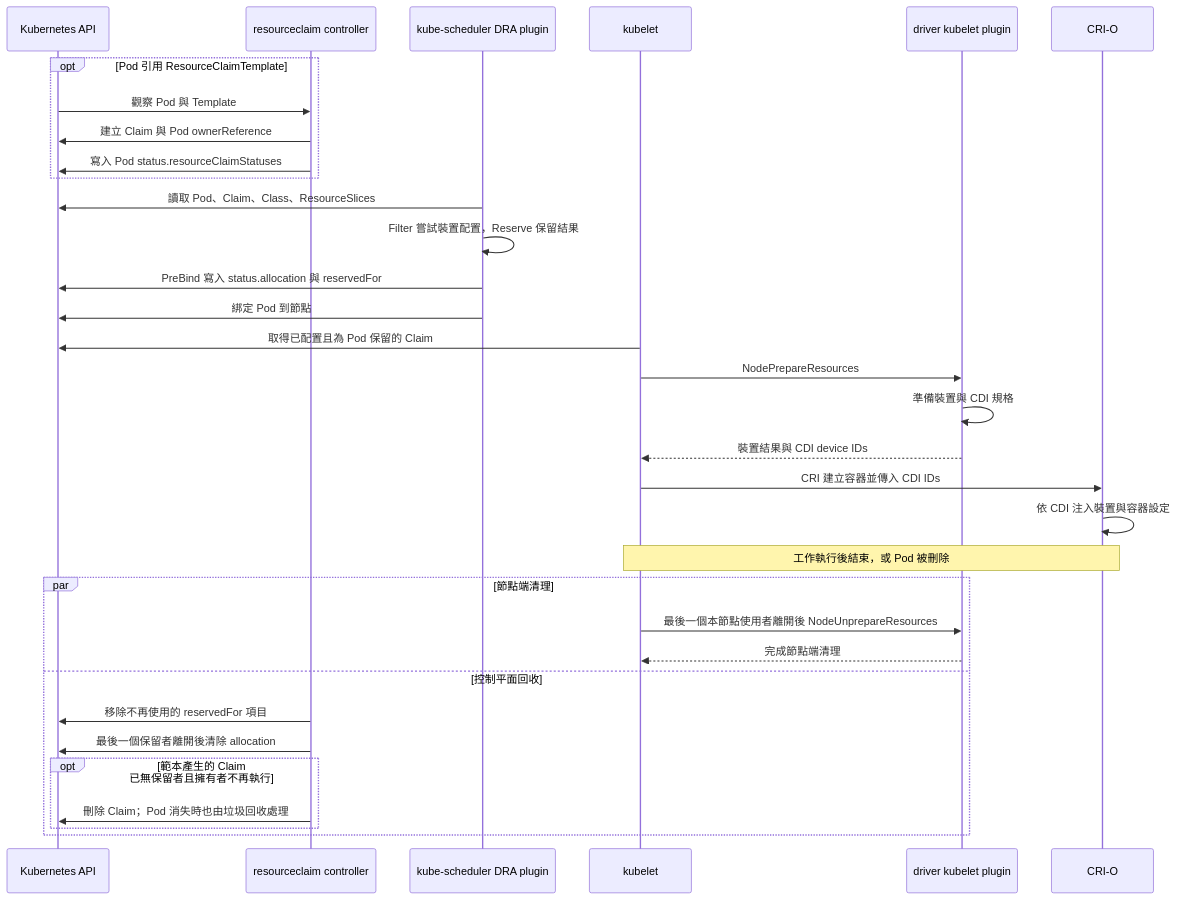
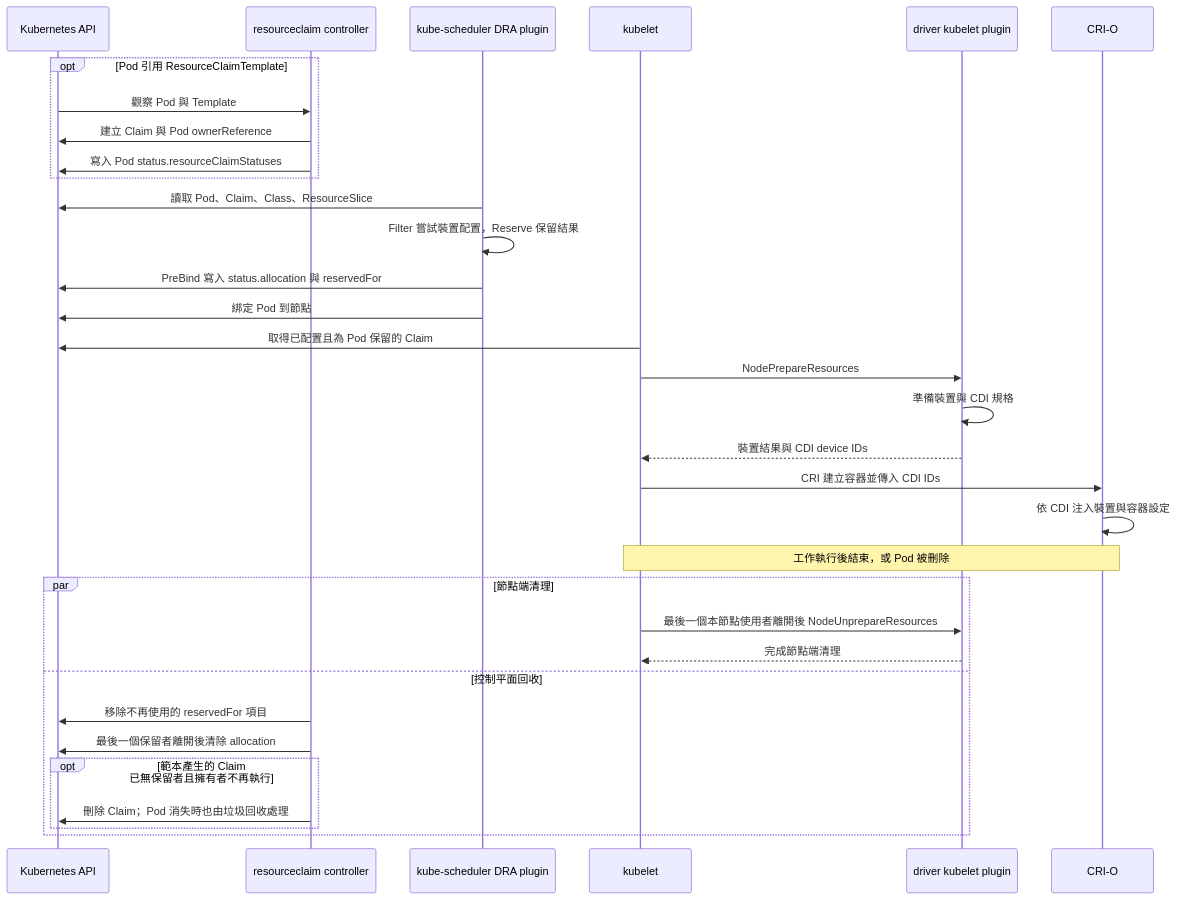
One commit to Daniel77871/dra-gpu-sharing-in-practice changed the second of 2 diagrams in book/01-why-dra/dra-model.md. Above: the diagram before and after it, drawn with Mermaid. The commit also changed other lines of this file and 28 other files, not shown here.

````diff
--- a/book/01-why-dra/dra-model.md
+++ b/book/01-why-dra/dra-model.md
@@ -42,35 +42,35 @@
 ```mermaid
 sequenceDiagram
   participant API as Kubernetes API
   participant RC as resourceclaim controller
   participant S as kube-scheduler DRA plugin
   participant K as kubelet
   participant D as driver kubelet plugin
   participant R as CRI-O
   opt Pod 引用 ResourceClaimTemplate
     API->>RC: 觀察 Pod 與 Template
     RC->>API: 建立 Claim 與 Pod ownerReference
     RC->>API: 寫入 Pod status.resourceClaimStatuses
   end
-  S->>API: 讀取 Pod、Claim、Class、ResourceSlices
+  S->>API: 讀取 Pod、Claim、Class、ResourceSlice
   S->>S: Filter 嘗試裝置配置，Reserve 保留結果
   S->>API: PreBind 寫入 status.allocation 與 reservedFor
   S->>API: 綁定 Pod 到節點
   K->>API: 取得已配置且為 Pod 保留的 Claim
   K->>D: NodePrepareResources
   D->>D: 準備裝置與 CDI 規格
   D-->>K: 裝置結果與 CDI device IDs
   K->>R: CRI 建立容器並傳入 CDI IDs
   R->>R: 依 CDI 注入裝置與容器設定
   Note over K,R: 工作執行後結束，或 Pod 被刪除
   par 節點端清理
     K->>D: 最後一個本節點使用者離開後 NodeUnprepareResources
     D-->>K: 完成節點端清理
   and 控制平面回收
     RC->>API: 移除不再使用的 reservedFor 項目
     RC->>API: 最後一個保留者離開後清除 allocation
     opt 範本產生的 Claim 已無保留者且擁有者不再執行
       RC->>API: 刪除 Claim；Pod 消失時也由垃圾回收處理
     end
   end
 ```
````
